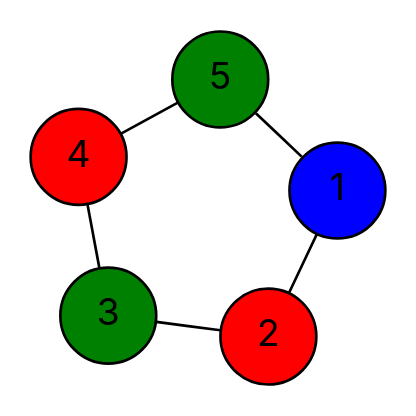
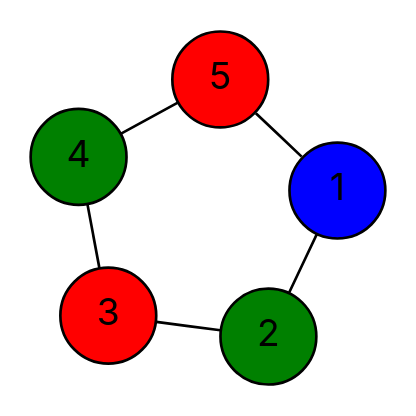
One commit to vercah/vertex-coloring changed the diagram in data/final-dots/easy-03-parallel.dot. Above: the diagram before and after it, drawn with Graphviz. The commit also changed 109 other files, not shown here.

```diff
--- a/data/final-dots/easy-03-parallel.dot
+++ b/data/final-dots/easy-03-parallel.dot
@@ -1,16 +1,16 @@
 graph G {
   layout=neato;
   overlap=false;
   splines=true;
   node [shape=circle, style=filled, fontname=Inter];
   1 [label="1", fillcolor="blue", tooltip="v1 color 2"];
-  2 [label="2", fillcolor="red", tooltip="v2 color 0"];
-  3 [label="3", fillcolor="green", tooltip="v3 color 1"];
-  4 [label="4", fillcolor="red", tooltip="v4 color 0"];
-  5 [label="5", fillcolor="green", tooltip="v5 color 1"];
+  2 [label="2", fillcolor="green", tooltip="v2 color 1"];
+  3 [label="3", fillcolor="red", tooltip="v3 color 0"];
+  4 [label="4", fillcolor="green", tooltip="v4 color 1"];
+  5 [label="5", fillcolor="red", tooltip="v5 color 0"];
   1 -- 2;
   1 -- 5;
   2 -- 3;
   3 -- 4;
   4 -- 5;
 }
```
